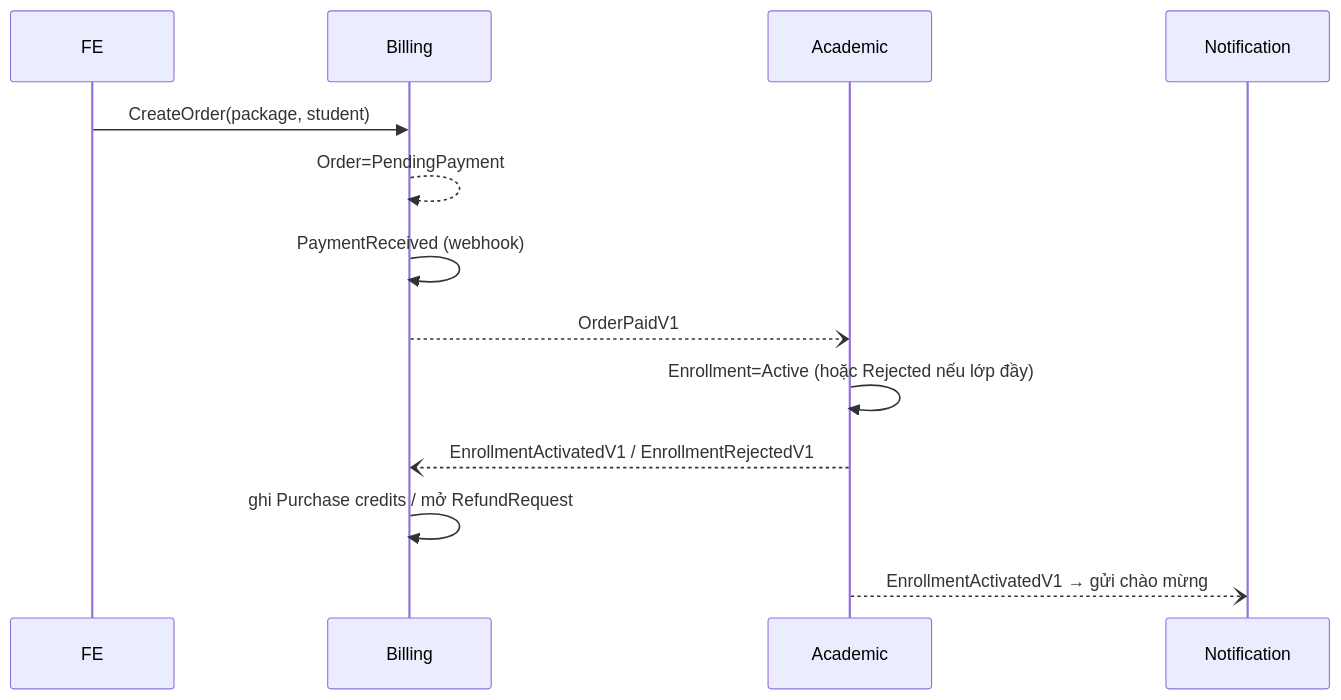
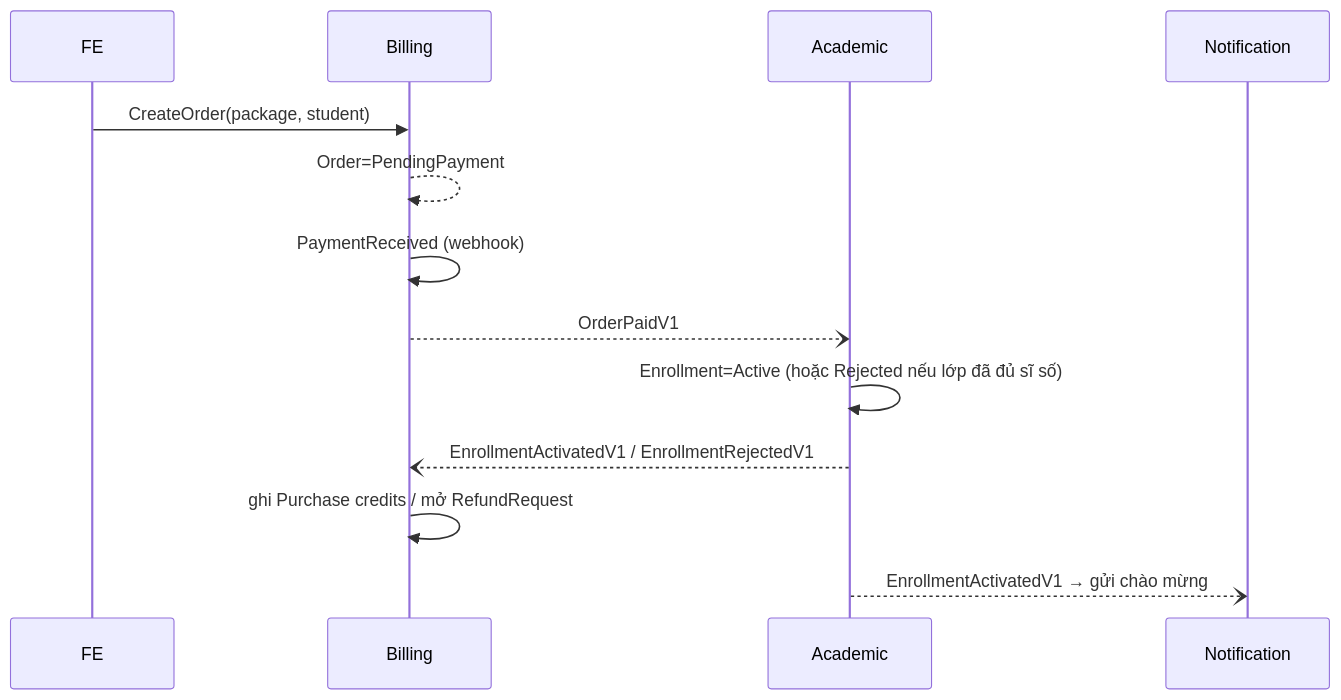
The third of 3 diagrams in docs/06-evolution-strategy.md (CDV00/konnyaku), drawn with Mermaid before and after one commit. The commit also changed other lines of this file and 7 other files, not shown here.

````diff
--- a/docs/06-evolution-strategy.md
+++ b/docs/06-evolution-strategy.md
@@ -142,15 +208,15 @@
 ```mermaid
 sequenceDiagram
   participant FE
   participant B as Billing
   participant A as Academic
   participant N as Notification
   FE->>B: CreateOrder(package, student)
   B-->>B: Order=PendingPayment
   B->>B: PaymentReceived (webhook)
   B--)A: OrderPaidV1
-  A->>A: Enrollment=Active (hoặc Rejected nếu lớp đầy)
+  A->>A: Enrollment=Active (hoặc Rejected nếu lớp đã đủ sĩ số)
   A--)B: EnrollmentActivatedV1 / EnrollmentRejectedV1
   B->>B: ghi Purchase credits / mở RefundRequest
   A--)N: EnrollmentActivatedV1 → gửi chào mừng
 ```
````
